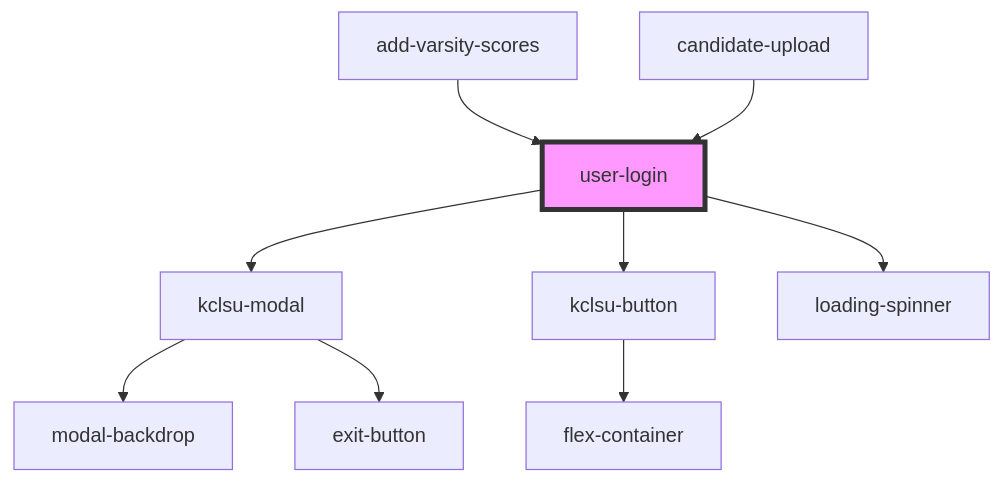
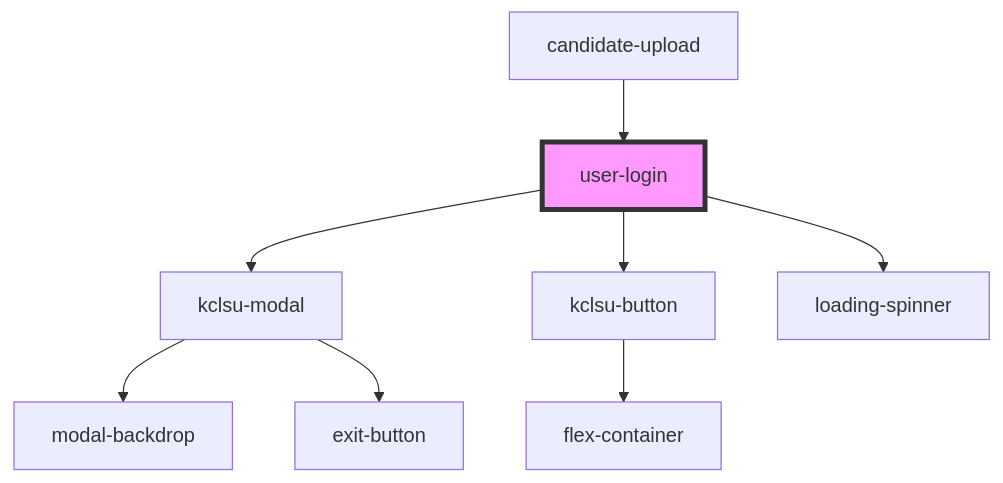
Before and after one commit to dev-kylo/component_library: the diagram in src/components/authentication/user-login/readme.md, drawn with Mermaid. The commit also changed other lines of this file and 8 other files, not shown here.

````diff
--- a/src/components/authentication/user-login/readme.md
+++ b/src/components/authentication/user-login/readme.md
@@ -31,12 +30,11 @@
 ```mermaid
 graph TD;
   user-login --> kclsu-modal
   user-login --> kclsu-button
   user-login --> loading-spinner
   kclsu-modal --> modal-backdrop
   kclsu-modal --> exit-button
   kclsu-button --> flex-container
-  add-varsity-scores --> user-login
   candidate-upload --> user-login
   style user-login fill:#f9f,stroke:#333,stroke-width:4px
 ```
````
